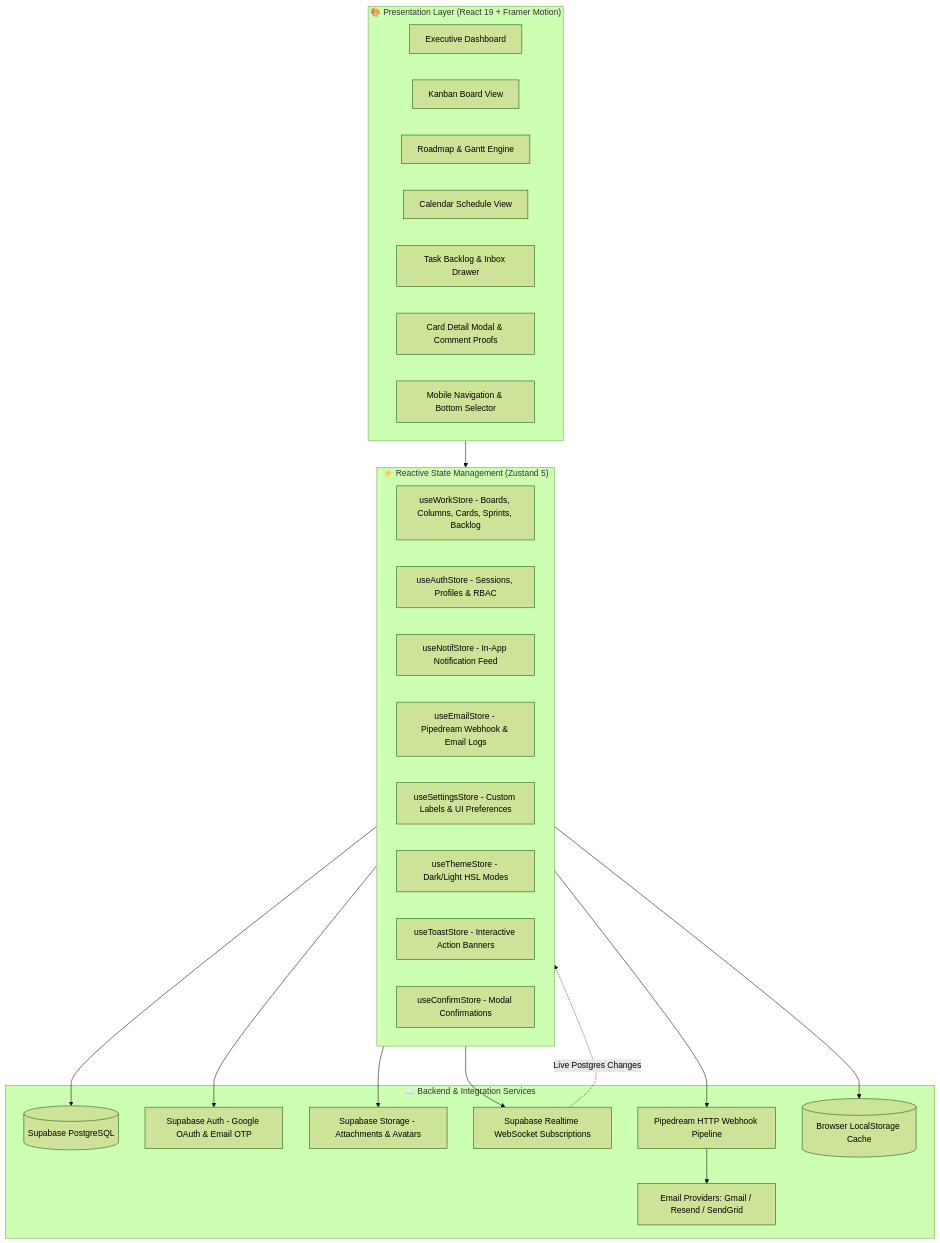
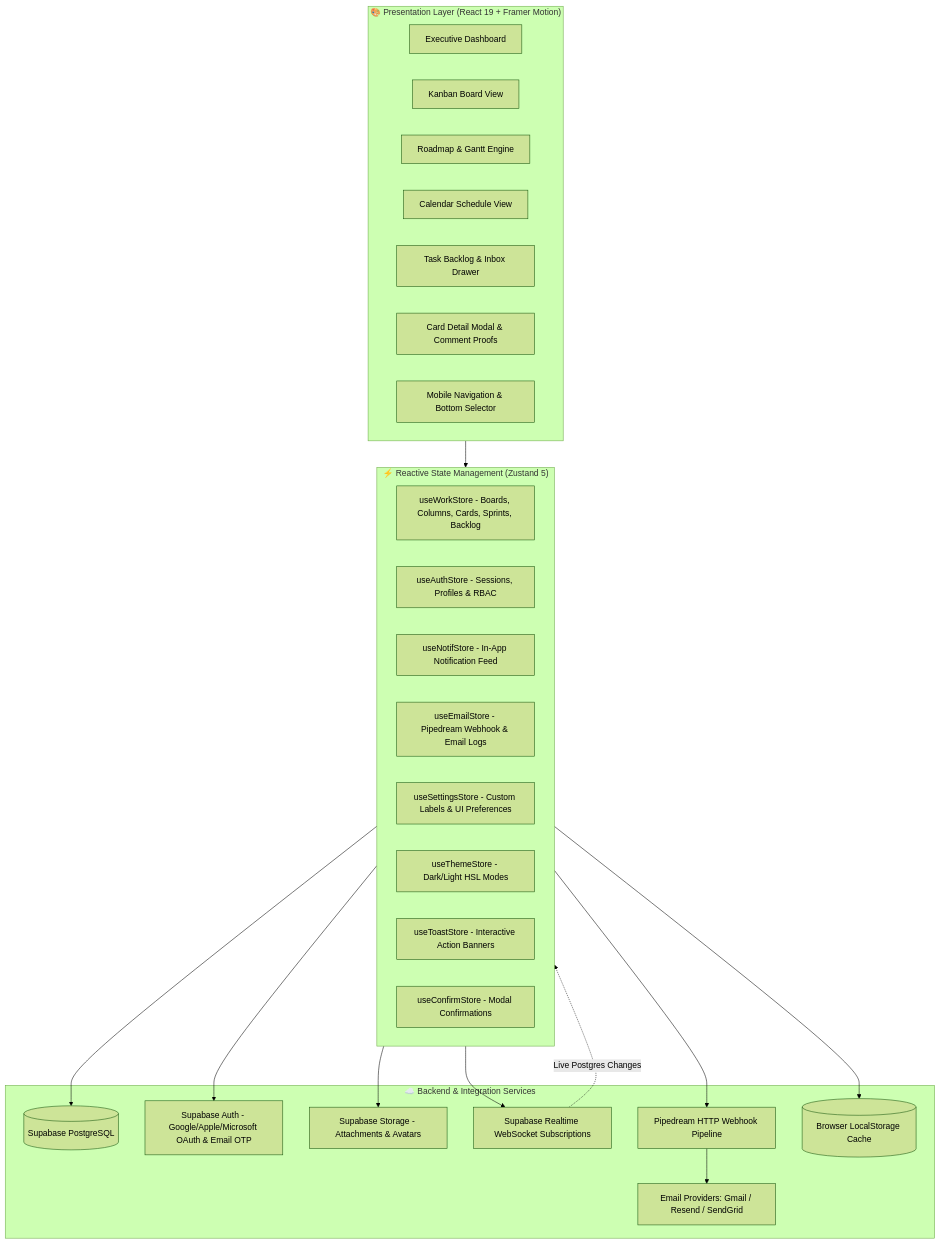
Before and after one commit to nextechph/Waypoint-by-NEXT: the first of 3 diagrams in README.md, drawn with Mermaid (forest theme). The commit also changed other lines of this file and 5 other files, not shown here.

First line of the commit message:
Add Apple and Microsoft sign-in

````diff
--- a/README.md
+++ b/README.md
@@ -165,43 +165,43 @@
 ```mermaid
 graph TD
     subgraph Presentation_Layer ["🎨 Presentation Layer (React 19 + Framer Motion)"]
         UI_Dash[Executive Dashboard]
         UI_Kanban[Kanban Board View]
         UI_Roadmap[Roadmap & Gantt Engine]
         UI_Calendar[Calendar Schedule View]
         UI_Inbox[Task Backlog & Inbox Drawer]
         UI_Card[Card Detail Modal & Comment Proofs]
         UI_Mobile[Mobile Navigation & Bottom Selector]
     end
 
     subgraph State_Layer ["⚡ Reactive State Management (Zustand 5)"]
         S_Work[useWorkStore - Boards, Columns, Cards, Sprints, Backlog]
         S_Auth[useAuthStore - Sessions, Profiles & RBAC]
         S_Notif[useNotifStore - In-App Notification Feed]
         S_Email[useEmailStore - Pipedream Webhook & Email Logs]
         S_Settings[useSettingsStore - Custom Labels & UI Preferences]
         S_Theme[useThemeStore - Dark/Light HSL Modes]
         S_Toast[useToastStore - Interactive Action Banners]
         S_Confirm[useConfirmStore - Modal Confirmations]
     end
 
     subgraph Backend_Services ["☁️ Backend & Integration Services"]
         DB_Postgres[(Supabase PostgreSQL)]
-        DB_Auth[Supabase Auth - Google OAuth & Email OTP]
+        DB_Auth[Supabase Auth - Google/Apple/Microsoft OAuth & Email OTP]
         DB_Storage[Supabase Storage - Attachments & Avatars]
         DB_Realtime[Supabase Realtime WebSocket Subscriptions]
         EXT_Pipedream[Pipedream HTTP Webhook Pipeline]
         EXT_Mail[Email Providers: Gmail / Resend / SendGrid]
         CACHE_Local[(Browser LocalStorage Cache)]
     end
 
     Presentation_Layer --> State_Layer
     State_Layer --> CACHE_Local
     State_Layer --> DB_Auth
     State_Layer --> DB_Postgres
     State_Layer --> DB_Storage
     State_Layer --> DB_Realtime
     State_Layer --> EXT_Pipedream
     EXT_Pipedream --> EXT_Mail
     DB_Realtime -.->|Live Postgres Changes| State_Layer
 ```
````
